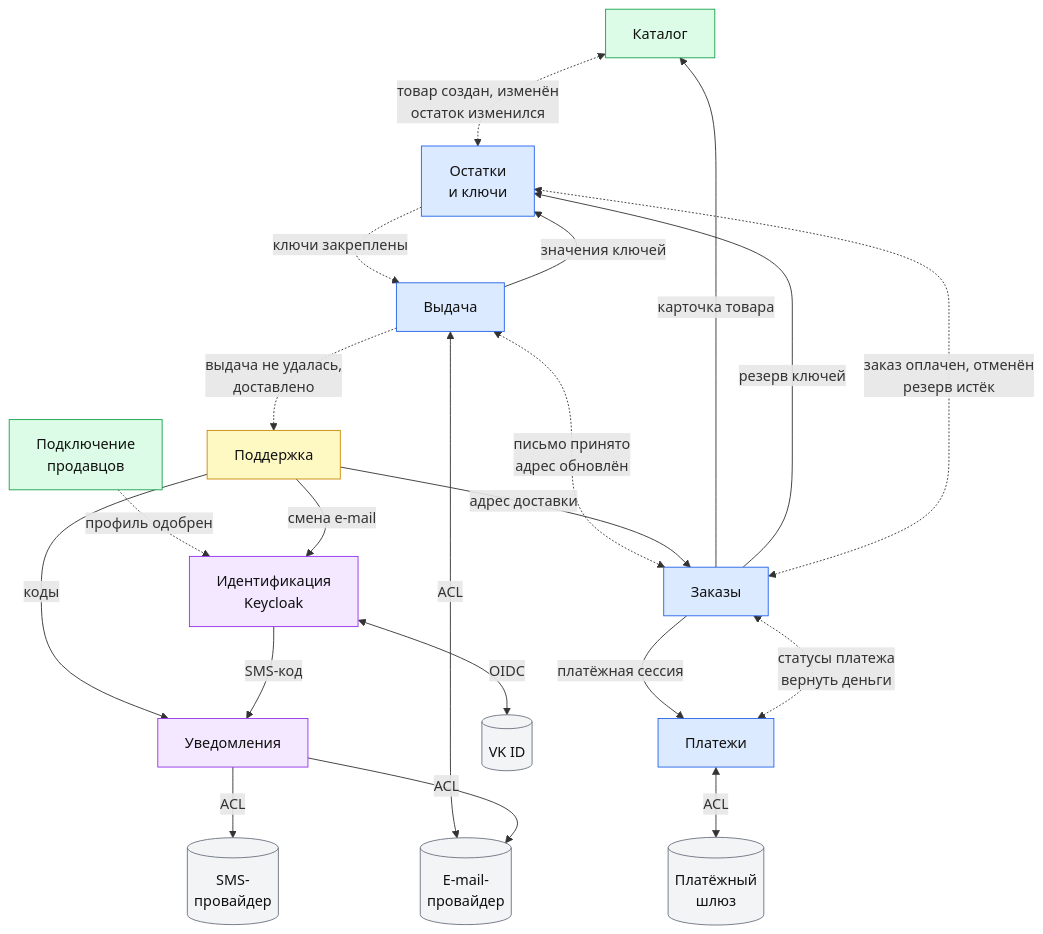
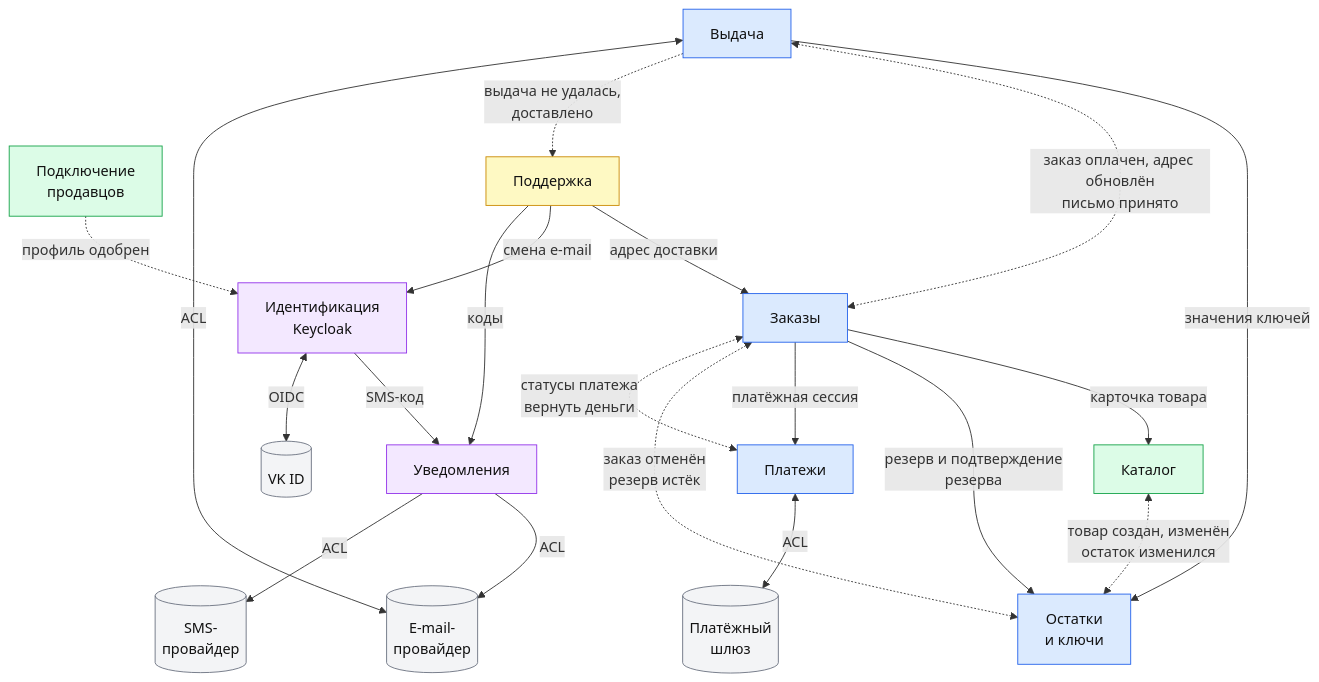
The first of 3 diagrams in docs/04-domain/bounded-contexts.md (Lapin143/digital-goods-marketplace), drawn with Mermaid before and after one commit. The commit also changed other lines of this file and 5 other files, not shown here.

First line of the commit message:
docs: поправка Ф1, подтверждение резерва синхронным вызовом вместо события «заказ оплачен»

````diff
--- a/docs/04-domain/bounded-contexts.md
+++ b/docs/04-domain/bounded-contexts.md
@@ -28,44 +28,43 @@
 ```mermaid
 flowchart TB
     ID["Идентификация<br/>Keycloak"]:::platform
     NOT["Уведомления"]:::platform
     SP["Подключение<br/>продавцов"]:::supply
     CAT["Каталог"]:::supply
     KEYS["Остатки<br/>и ключи"]:::core
     ORD["Заказы"]:::core
     PAY["Платежи"]:::core
     DEL["Выдача"]:::core
     SUP["Поддержка"]:::after
     GW[("Платёжный<br/>шлюз")]:::ext
     MAIL[("E-mail-<br/>провайдер")]:::ext
     SMS[("SMS-<br/>провайдер")]:::ext
     VK[("VK ID")]:::ext
 
     SP -.->|"профиль одобрен"| ID
     CAT <-.->|"товар создан, изменён<br/>остаток изменился"| KEYS
     ORD -->|"карточка товара"| CAT
-    ORD -->|"резерв ключей"| KEYS
+    ORD -->|"резерв и подтверждение<br/>резерва"| KEYS
     ORD -->|"платёжная сессия"| PAY
     PAY <-.->|"статусы платежа<br/>вернуть деньги"| ORD
-    ORD <-.->|"заказ оплачен, отменён<br/>резерв истёк"| KEYS
-    KEYS -.->|"ключи закреплены"| DEL
+    ORD <-.->|"заказ отменён<br/>резерв истёк"| KEYS
     DEL -->|"значения ключей"| KEYS
-    DEL <-.->|"письмо принято<br/>адрес обновлён"| ORD
+    DEL <-.->|"заказ оплачен, адрес обновлён<br/>письмо принято"| ORD
     DEL -.->|"выдача не удалась,<br/>доставлено"| SUP
     SUP -->|"адрес доставки"| ORD
     SUP -->|"смена e-mail"| ID
     SUP -->|"коды"| NOT
     ID -->|"SMS-код"| NOT
 
     PAY <-->|"ACL"| GW
     DEL <-->|"ACL"| MAIL
     NOT -->|"ACL"| MAIL
     NOT -->|"ACL"| SMS
     ID <-->|"OIDC"| VK
 
     classDef core fill:#dbeafe,stroke:#2563eb,color:#111
     classDef supply fill:#dcfce7,stroke:#16a34a,color:#111
     classDef platform fill:#f3e8ff,stroke:#9333ea,color:#111
     classDef after fill:#fef9c3,stroke:#ca8a04,color:#111
     classDef ext fill:#f3f4f6,stroke:#6b7280,color:#111
 ```
````
